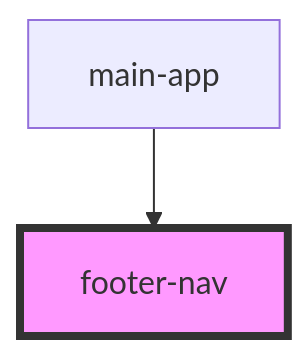
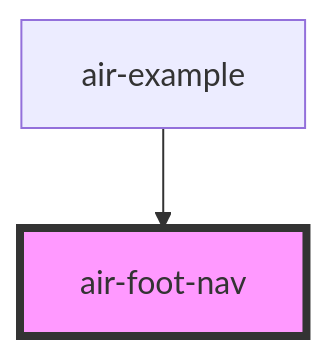
The diagram in src/components/footer-nav/readme.md (openwebstudio/AirUI), drawn with Mermaid before and after one commit. The commit also changed other lines of this file and 6 other files, not shown here.

````diff
--- a/src/components/footer-nav/readme.md
+++ b/src/components/footer-nav/readme.md
@@ -15,5 +15,5 @@
 ```mermaid
 graph TD;
-  main-app --> footer-nav
-  style footer-nav fill:#f9f,stroke:#333,stroke-width:4px
+  air-example --> air-foot-nav
+  style air-foot-nav fill:#f9f,stroke:#333,stroke-width:4px
 ```
````
